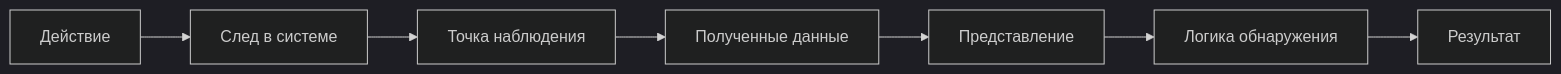
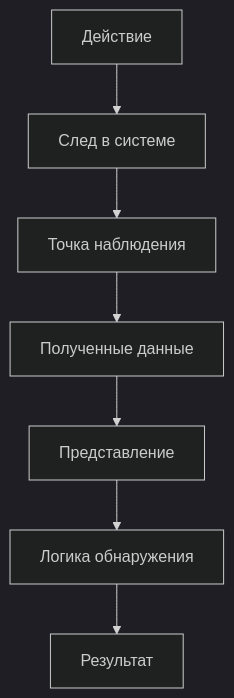
Before and after one commit to 11ndra/spvo: the diagram in docs/course/01a-threat-context.md, drawn with Mermaid (dark theme). The commit also changed 11 other files, not shown here.

````diff
--- a/docs/course/01a-threat-context.md
+++ b/docs/course/01a-threat-context.md
@@ -126,9 +126,14 @@
 ```mermaid
-flowchart LR
+flowchart TB
     A["Действие"] --> T["След в системе"]
     T --> O["Точка наблюдения"]
     O --> D["Полученные данные"]
     D --> R["Представление"]
     R --> L["Логика обнаружения"]
     L --> X["Результат"]
+    class A,T mm-source
+    class O mm-observation
+    class D mm-source
+    class R,L mm-analysis
+    class X mm-result
 ```
````
